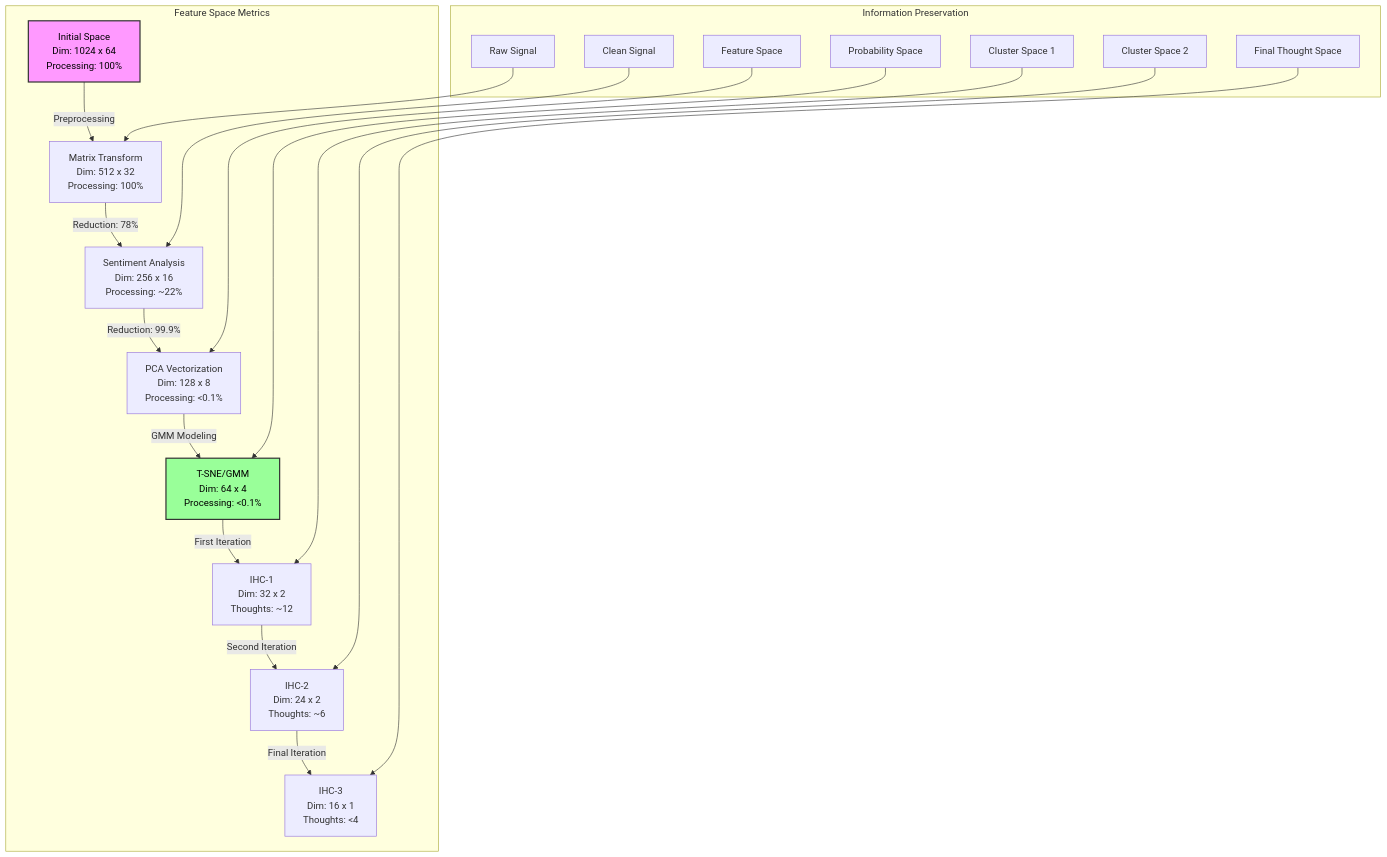
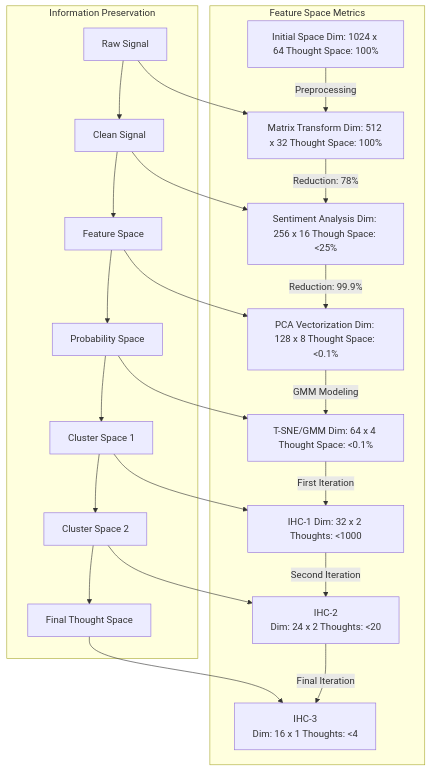
One commit to MatthewLaw1/Synaptic-Engine changed the third of 6 diagrams in README.md. Above: the diagram before and after it, drawn with Mermaid. The commit also changed other lines of this file, not shown here.

````diff
--- a/README.md
+++ b/README.md
@@ -187,34 +182,42 @@
 ```mermaid
-graph TD
+graph TB
     subgraph "Feature Space Metrics"
-        I[Initial Space<br>Dim: 1024 x 64<br>Processing: 100%]
-        L1[Matrix Transform<br>Dim: 512 x 32<br>Processing: 100%]
-        L2[Sentiment Analysis<br>Dim: 256 x 16<br>Processing: ~22%]
-        L3[PCA Vectorization<br>Dim: 128 x 8<br>Processing: <0.1%]
-        L4[T-SNE/GMM<br>Dim: 64 x 4<br>Processing: <0.1%]
-        L5[IHC-1<br>Dim: 32 x 2<br>Thoughts: ~12]
-        L6[IHC-2<br>Dim: 24 x 2<br>Thoughts: ~6]
-        L7[IHC-3<br>Dim: 16 x 1<br>Thoughts: <4]
+        I[Initial Space Dim: 1024 x 64 Thought Space: 100%]
+ 
+        L1[Matrix Transform Dim: 512 x 32 Thought Space: 100%]
+        L2[Sentiment Analysis Dim: 256 x 16 Though Space: <25%]
+        L3[PCA Vectorization Dim: 128 x 8 Thought Space: <0.1%]
+        L4[T-SNE/GMM Dim: 64 x 4 Thought Space: <0.1%]
+        L5[IHC-1 Dim: 32 x 2 Thoughts: <1000]
+        L6[IHC-2<br>Dim: 24 x 2 Thoughts: <20]
+        L7[IHC-3<br>Dim: 16 x 1 Thoughts: <4]
         
-        I -->|"Preprocessing"| L1
-        L1 -->|"Reduction: 78%"| L2
-        L2 -->|"Reduction: 99.9%"| L3
-        L3 -->|"GMM Modeling"| L4
-        L4 -->|"First Iteration"| L5
-        L5 -->|"Second Iteration"| L6
-        L6 -->|"Final Iteration"| L7
+
     end
-
     subgraph "Information Preservation"
         I1[Raw Signal] --> L1
         I2[Clean Signal] --> L2
         I3[Feature Space] --> L3
         I4[Probability Space] --> L4
         I5[Cluster Space 1] --> L5
         I6[Cluster Space 2] --> L6
         I7[Final Thought Space] --> L7
     end
 
-    style I fill:#f9f,stroke:#333,stroke-width:2px,color:#000
-    style L4 fill:#9f9,stroke:#333,stroke-width:2px,color:#000
+
+        I -->|"Preprocessing"| L1
+        L1 -->|"Reduction: 78%"| L2
+        L2 -->|"Reduction: 99.9%"| L3
+        L3 -->|"GMM Modeling"| L4
+        L4 -->|"First Iteration"| L5
+        L5 -->|"Second Iteration"| L6
+        L6 -->|"Final Iteration"| L7
+        I1-->I2
+        I2-->I3
+        I3-->I4
+        
+        I4-->I5
+        I5-->I6
+        I6-->I7
+        
 ```
````
